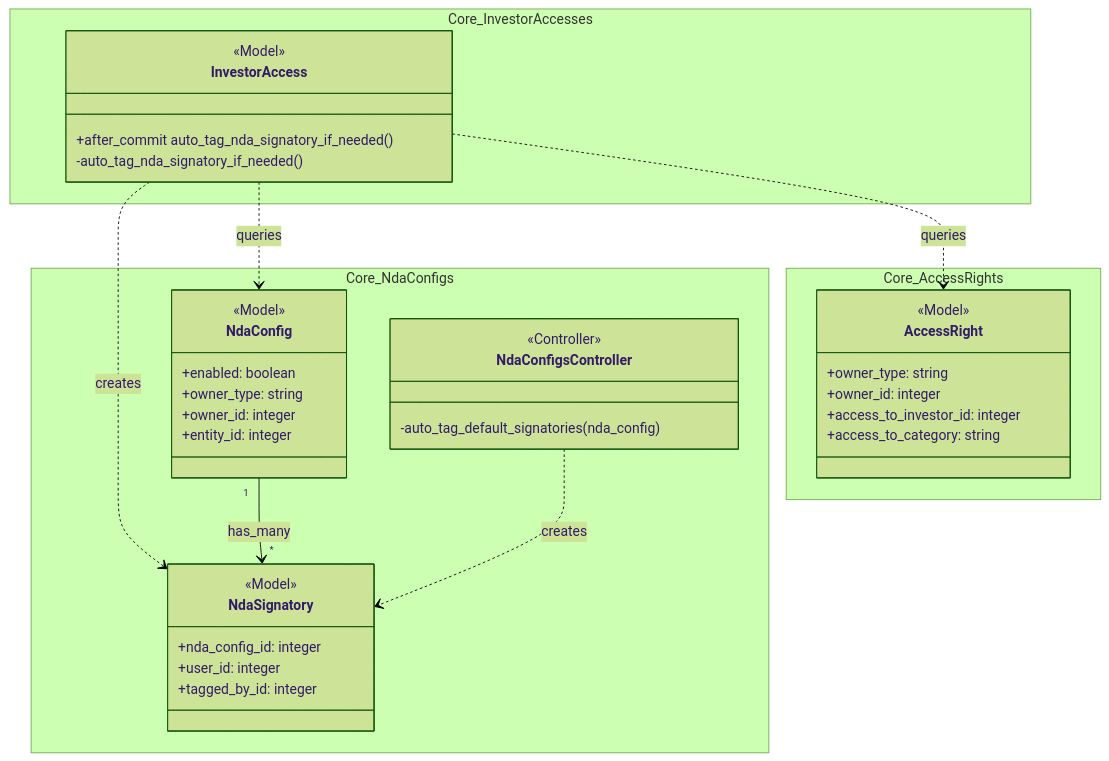
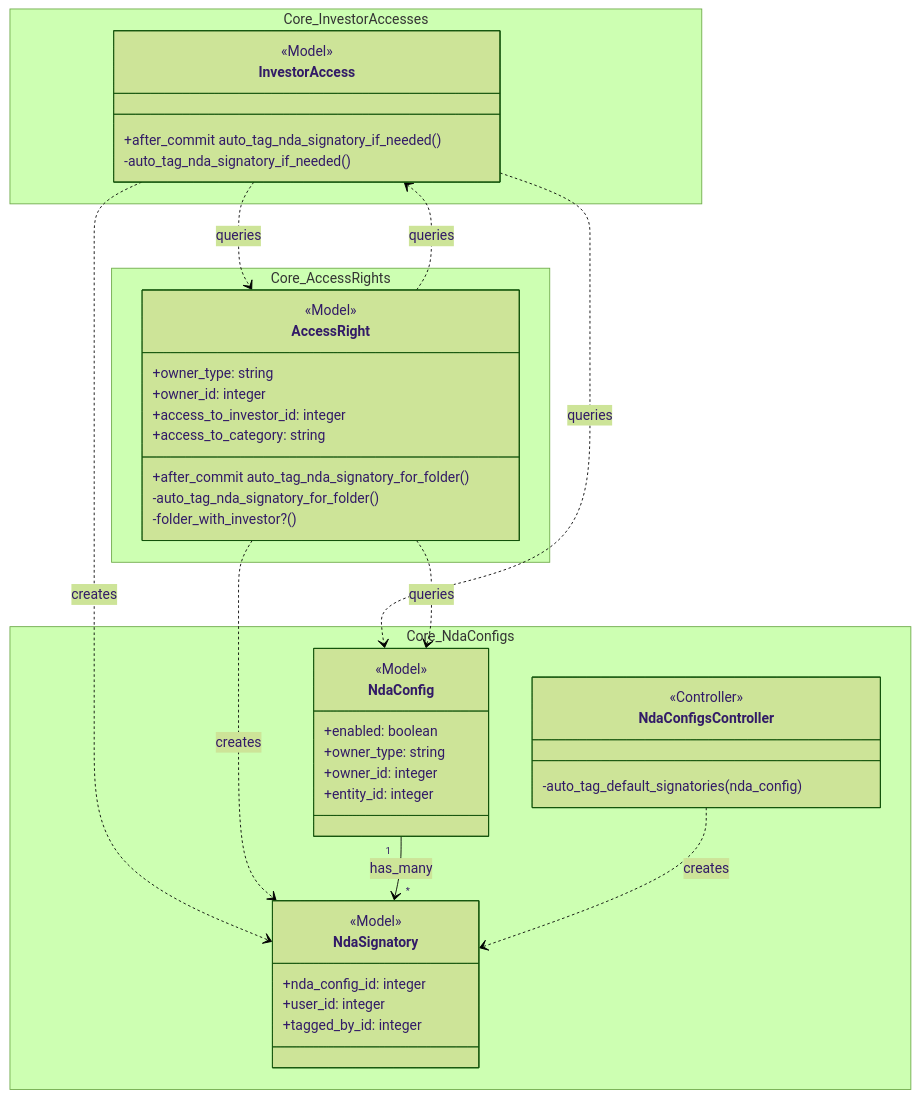
Before and after one commit to sampadadiwan/IRM_CompanyMain: the sixth of 6 diagrams in openspec/changes/fix-nda-signatory-auto-tag-new-investors/design.md, drawn with Mermaid (forest theme). The commit also changed other lines of this file and 6 other files, not shown here.

First line of the commit message:
fix: Auto-tag NDA signatory on folder AccessRight grant

````diff
--- a/openspec/changes/fix-nda-signatory-auto-tag-new-investors/design.md
+++ b/openspec/changes/fix-nda-signatory-auto-tag-new-investors/design.md
@@ -243,43 +306,49 @@
 ```mermaid
 classDiagram
     namespace Core_InvestorAccesses {
         class InvestorAccess {
             <<Model>>
             +after_commit auto_tag_nda_signatory_if_needed()
             -auto_tag_nda_signatory_if_needed()
         }
     }
     namespace Core_NdaConfigs {
         class NdaConfig {
             <<Model>>
             +enabled: boolean
             +owner_type: string
             +owner_id: integer
             +entity_id: integer
         }
         class NdaSignatory {
             <<Model>>
             +nda_config_id: integer
             +user_id: integer
             +tagged_by_id: integer
         }
         class NdaConfigsController {
             <<Controller>>
             -auto_tag_default_signatories(nda_config)
         }
     }
     namespace Core_AccessRights {
         class AccessRight {
             <<Model>>
             +owner_type: string
             +owner_id: integer
             +access_to_investor_id: integer
             +access_to_category: string
+            +after_commit auto_tag_nda_signatory_for_folder()
+            -auto_tag_nda_signatory_for_folder()
+            -folder_with_investor?()
         }
     }
     InvestorAccess ..> NdaConfig : queries
     InvestorAccess ..> NdaSignatory : creates
     InvestorAccess ..> AccessRight : queries
+    AccessRight ..> NdaConfig : queries
+    AccessRight ..> NdaSignatory : creates
+    AccessRight ..> InvestorAccess : queries
     NdaConfig "1" --> "*" NdaSignatory : has_many
     NdaConfigsController ..> NdaSignatory : creates
 ```
````
